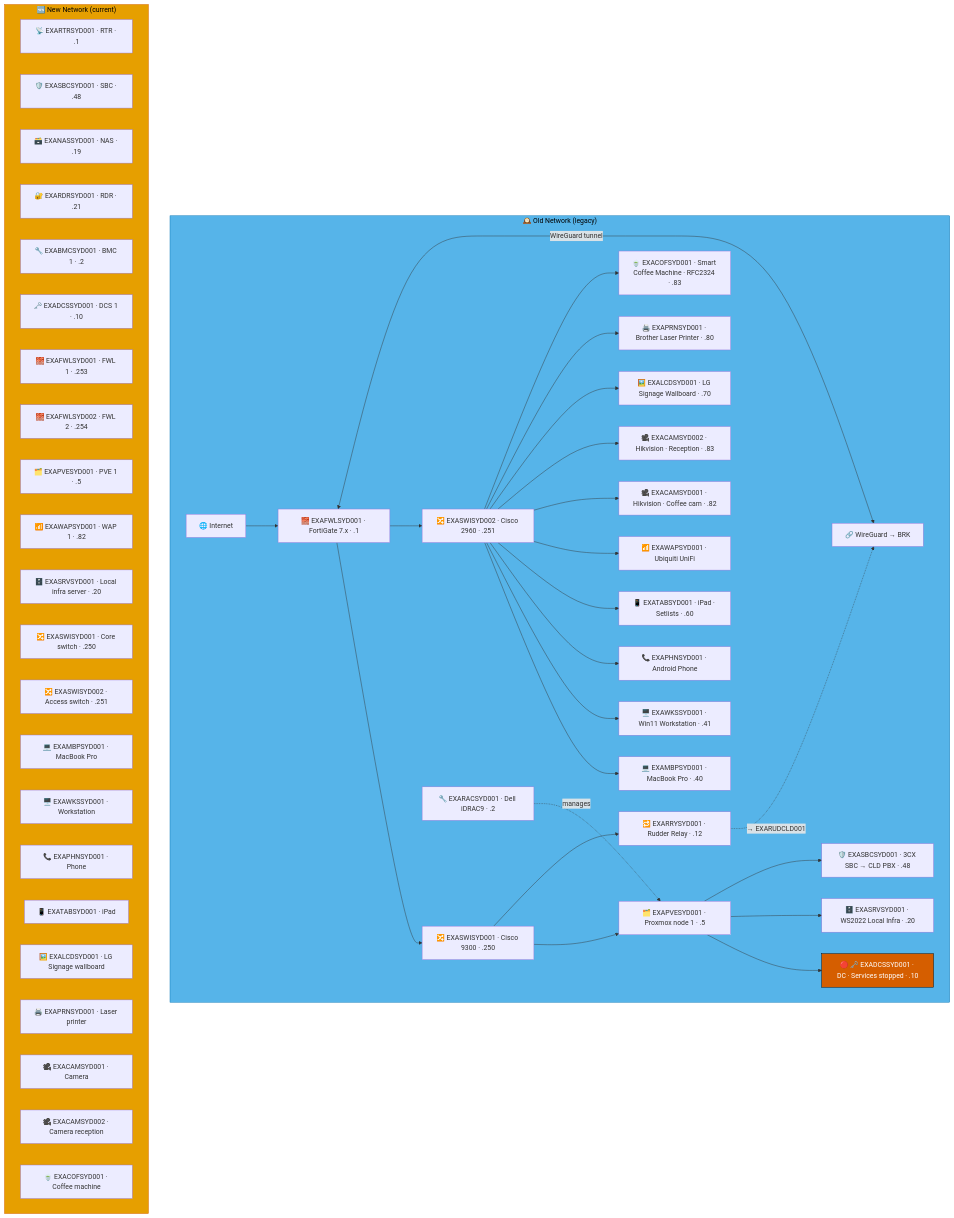
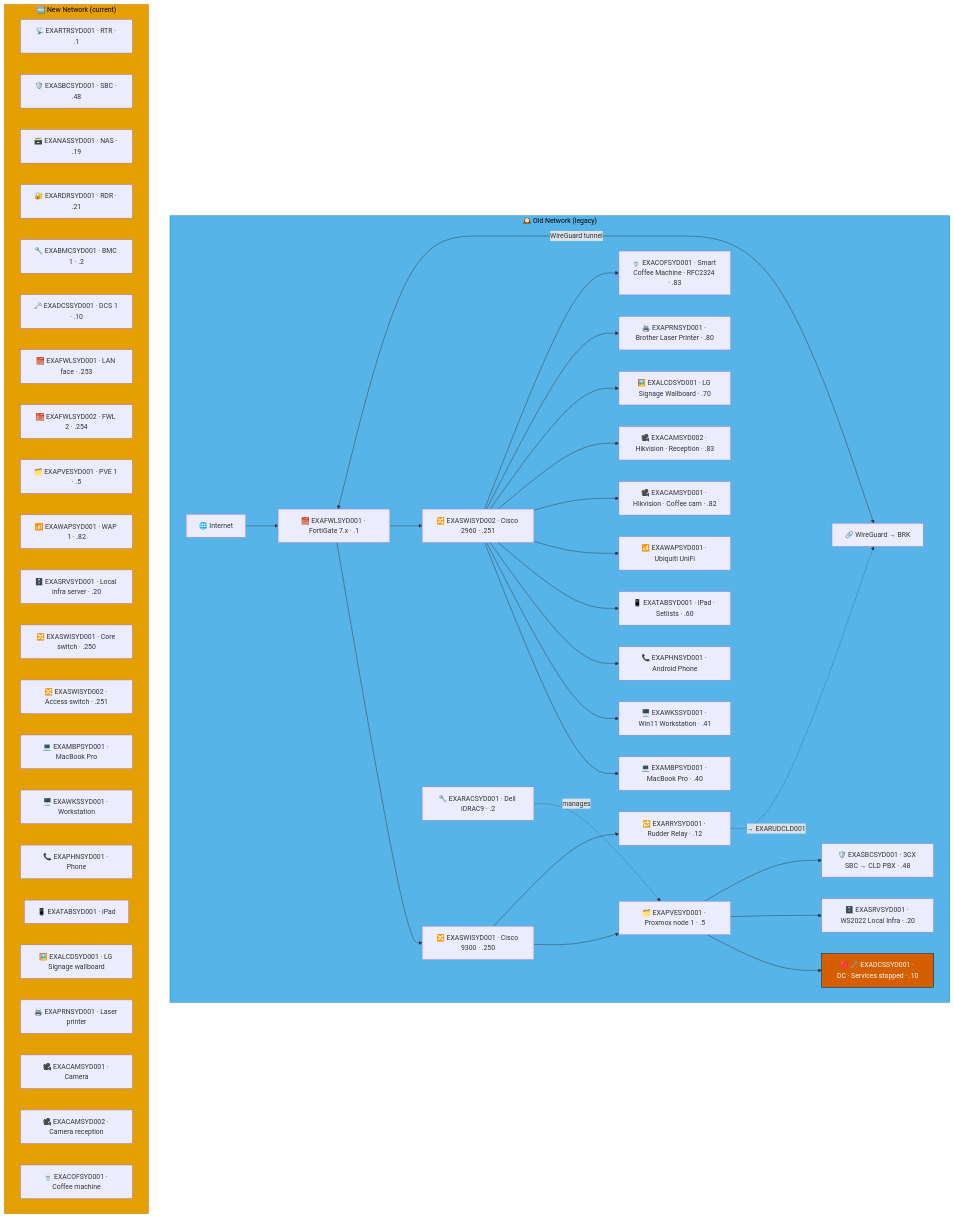
The first of 2 diagrams in docs/network-diagram/australia.md (knightmare2600/example_music_infra), drawn with Mermaid before and after one commit. The commit also changed other lines of this file and 17 other files, not shown here.

````diff
--- a/docs/network-diagram/australia.md
+++ b/docs/network-diagram/australia.md
@@ -17,66 +17,66 @@
 ```mermaid
 graph TD
     subgraph OLD_SYD ["🕰️ Old Network (legacy)"]
       INET["🌐 Internet"]
       FWL["🧱 EXAFWLSYD001 · FortiGate 7.x · .1"]
       SW1["🔀 EXASWISYD001 · Cisco 9300 · .250"]
       SW2["🔀 EXASWISYD002 · Cisco 2960 · .251"]
       RAC["🔧 EXARACSYD001 · Dell iDRAC9 · .2"]
       PVE["🗂️ EXAPVESYD001 · Proxmox node 1 · .5"]
       DC["🔴 🗝️ EXADCSSYD001 · DC · Services stopped · .10"]
       SRV["🗄️ EXASRVSYD001 · WS2022 Local Infra · .20"]
       SBC["🛡️ EXASBCSYD001 · 3CX SBC → CLD PBX · .48"]
       RRY["🔁 EXARRYSYD001 · Rudder Relay · .12"]
       MBP["💻 EXAMBPSYD001 · MacBook Pro · .40"]
       WKS["🖥️ EXAWKSSYD001 · Win11 Workstation · .41"]
       PHN["📞 EXAPHNSYD001 · Android Phone"]
       TAB["📱 EXATABSYD001 · iPad · Setlists · .60"]
       WAP["📶 EXAWAPSYD001 · Ubiquiti UniFi"]
       CAM1["🎥 EXACAMSYD001 · Hikvision · Coffee cam · .82"]
       CAM2["🎥 EXACAMSYD002 · Hikvision · Reception · .83"]
       LCD["🖼️ EXALCDSYD001 · LG Signage Wallboard · .70"]
       PRN["🖨️ EXAPRNSYD001 · Brother Laser Printer · .80"]
       COF["🍵 EXACOFSYD001 · Smart Coffee Machine · RFC2324 · .83"]
       VPN["🔗 WireGuard → BRK"]
 
       INET --> FWL --> SW1 & SW2
       SW1 --> PVE --> DC & SRV & SBC
       RAC -.->|"manages"| PVE
       SW2 --> MBP & WKS & PHN & TAB & WAP
       SW2 --> CAM1 & CAM2 & LCD & PRN & COF
       FWL <-->|"WireGuard tunnel"| VPN
 
       SW1 --> RRY
       RRY -. "→ EXARUDCLD001" .-> VPN
     end
     style OLD_SYD fill:#56B4E9,stroke:#0072B2,color:#000000
     %% GENERATED:NEW-NETWORK:SYD:START
     subgraph NEW_SYD ["🆕 New Network (current)"]
       N_RTR["📡 EXARTRSYD001 · RTR · .1"]
       N_SBC["🛡️ EXASBCSYD001 · SBC · .48"]
       N_NAS["🗃️ EXANASSYD001 · NAS · .19"]
       N_RDR["🔐 EXARDRSYD001 · RDR · .21"]
       N_BMC["🔧 EXABMCSYD001 · BMC 1 · .2"]
       N_DCS["🗝️ EXADCSSYD001 · DCS 1 · .10"]
-      N_FWL["🧱 EXAFWLSYD001 · FWL 1 · .253"]
+      N_FWL["🧱 EXAFWLSYD001 · LAN face · .253"]
       N_FWL2["🧱 EXAFWLSYD002 · FWL 2 · .254"]
       N_PVE["🗂️ EXAPVESYD001 · PVE 1 · .5"]
       N_WAP["📶 EXAWAPSYD001 · WAP 1 · .82"]
       N_SRV["🗄️ EXASRVSYD001 · Local infra server · .20"]
       N_SWI["🔀 EXASWISYD001 · Core switch · .250"]
       N_SWI2["🔀 EXASWISYD002 · Access switch · .251"]
       N_MBP["💻 EXAMBPSYD001 · MacBook Pro"]
       N_WKS["🖥️ EXAWKSSYD001 · Workstation"]
       N_PHN["📞 EXAPHNSYD001 · Phone"]
       N_TAB["📱 EXATABSYD001 · iPad"]
       N_LCD["🖼️ EXALCDSYD001 · LG Signage wallboard"]
       N_PRN["🖨️ EXAPRNSYD001 · Laser printer"]
       N_CAM["🎥 EXACAMSYD001 · Camera"]
       N_CAM2["🎥 EXACAMSYD002 · Camera reception"]
       N_COF["🍵 EXACOFSYD001 · Coffee machine"]
     end
     style NEW_SYD fill:#E69F00,stroke:#D55E00,color:#000000
     %% GENERATED:NEW-NETWORK:SYD:END
     classDef warn fill:#D55E00,stroke:#000000,color:#ffffff
     class DC warn
 ```
````
